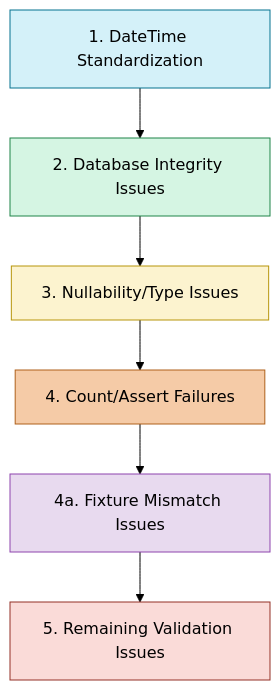
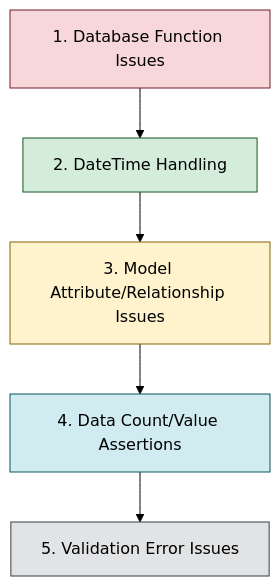
The diagram in docs/test_failure_resolution_plan.md (AstroMined/debtonator), drawn with Mermaid (forest theme) before and after one commit. The commit also changed other lines of this file and 6 other files, not shown here.

````diff
--- a/docs/test_failure_resolution_plan.md
+++ b/docs/test_failure_resolution_plan.md
@@ -20,15 +20,13 @@
 ```mermaid
 flowchart TD
-    A[1. DateTime Standardization] --> B[2. Database Integrity Issues]
-    B --> C[3. Nullability/Type Issues]
-    C --> D[4. Count/Assert Failures]
-    D --> F[4a. Fixture Mismatch Issues]
-    F --> E[5. Remaining Validation Issues]
+    A[1. Database Function Issues] --> B[2. DateTime Handling]
+    B --> C[3. Model Attribute/Relationship Issues]
+    C --> D[4. Data Count/Value Assertions]
+    D --> E[5. Validation Error Issues]
     
-    style A fill:#d4f1f9,stroke:#05728f
-    style B fill:#d5f5e3,stroke:#1e8449
-    style C fill:#fcf3cf,stroke:#b7950b
-    style D fill:#f5cba7,stroke:#af601a
-    style F fill:#e8daef,stroke:#8e44ad
-    style E fill:#fadbd8,stroke:#943126
+    style A fill:#f8d7da,stroke:#721c24
+    style B fill:#d4edda,stroke:#155724
+    style C fill:#fff3cd,stroke:#856404
+    style D fill:#d1ecf1,stroke:#0c5460
+    style E fill:#e2e3e5,stroke:#383d41
 ```
````
